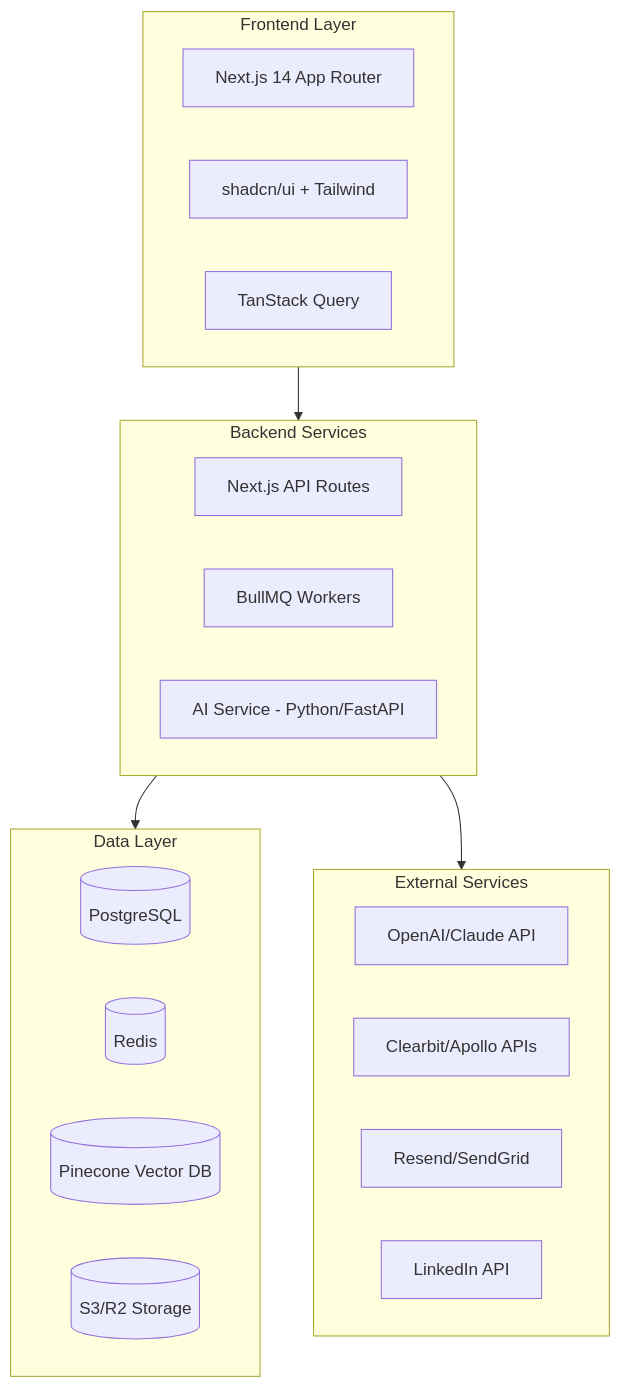
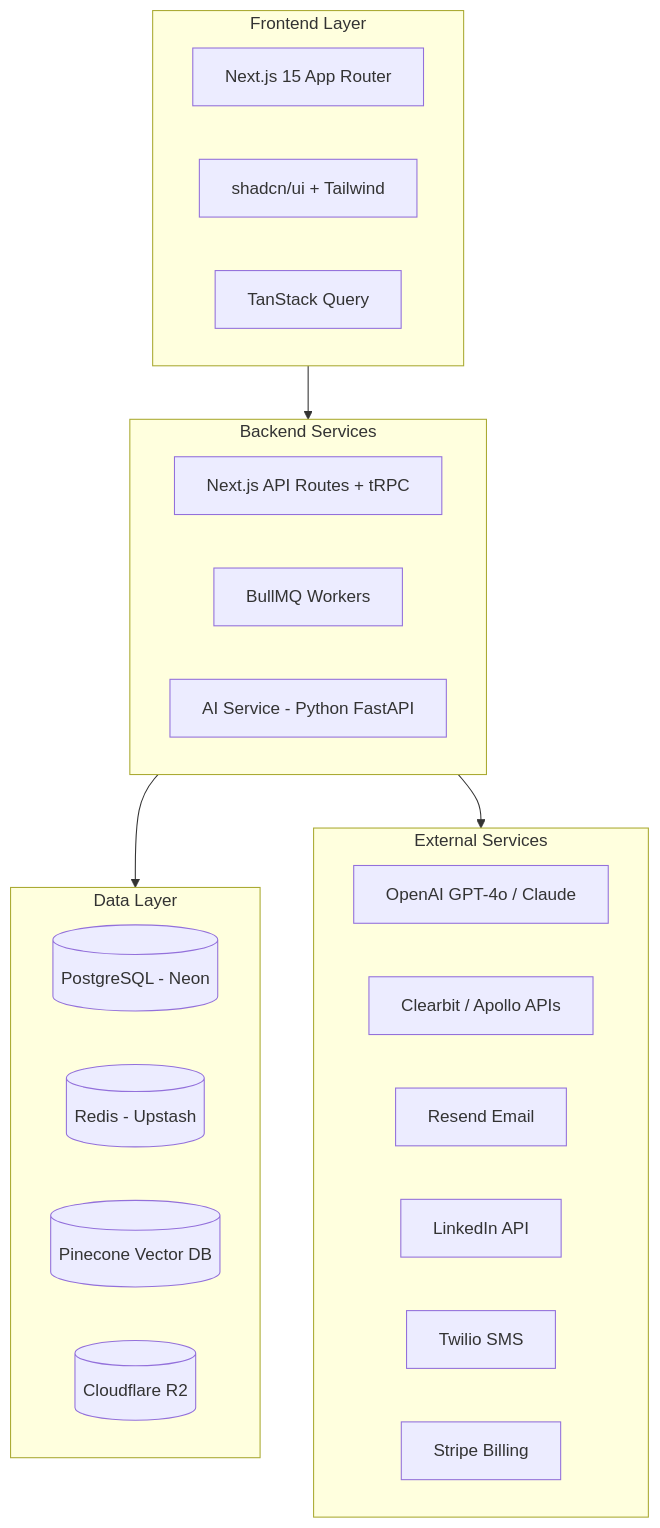
Before and after one commit to Siddharth-DWT/lead_gen: the second of 2 diagrams in enhanced_leadgen_platform_830d82ad.plan.md, drawn with Mermaid. The commit also changed other lines of this file, not shown here.

````diff
--- a/enhanced_leadgen_platform_830d82ad.plan.md
+++ b/enhanced_leadgen_platform_830d82ad.plan.md
@@ -261,32 +310,34 @@
 ```mermaid
 flowchart TB
     subgraph frontend [Frontend Layer]
-        NextJS[Next.js 14 App Router]
+        NextJS[Next.js 15 App Router]
         ShadcnUI[shadcn/ui + Tailwind]
         ReactQuery[TanStack Query]
     end
     
     subgraph backend [Backend Services]
-        API[Next.js API Routes]
+        API[Next.js API Routes + tRPC]
         Workers[BullMQ Workers]
-        AIService[AI Service - Python/FastAPI]
+        AIService[AI Service - Python FastAPI]
     end
     
     subgraph data [Data Layer]
-        Postgres[(PostgreSQL)]
-        Redis[(Redis)]
+        Postgres[(PostgreSQL - Neon)]
+        Redis[(Redis - Upstash)]
         Pinecone[(Pinecone Vector DB)]
-        S3[(S3/R2 Storage)]
+        S3[(Cloudflare R2)]
     end
     
     subgraph external [External Services]
-        LLM[OpenAI/Claude API]
-        Enrichment[Clearbit/Apollo APIs]
-        Email[Resend/SendGrid]
+        LLM[OpenAI GPT-4o / Claude]
+        Enrichment[Clearbit / Apollo APIs]
+        Email[Resend Email]
         LinkedIn[LinkedIn API]
+        Twilio[Twilio SMS]
+        Stripe[Stripe Billing]
     end
     
     frontend --> backend
     backend --> data
     backend --> external
 ```
````
